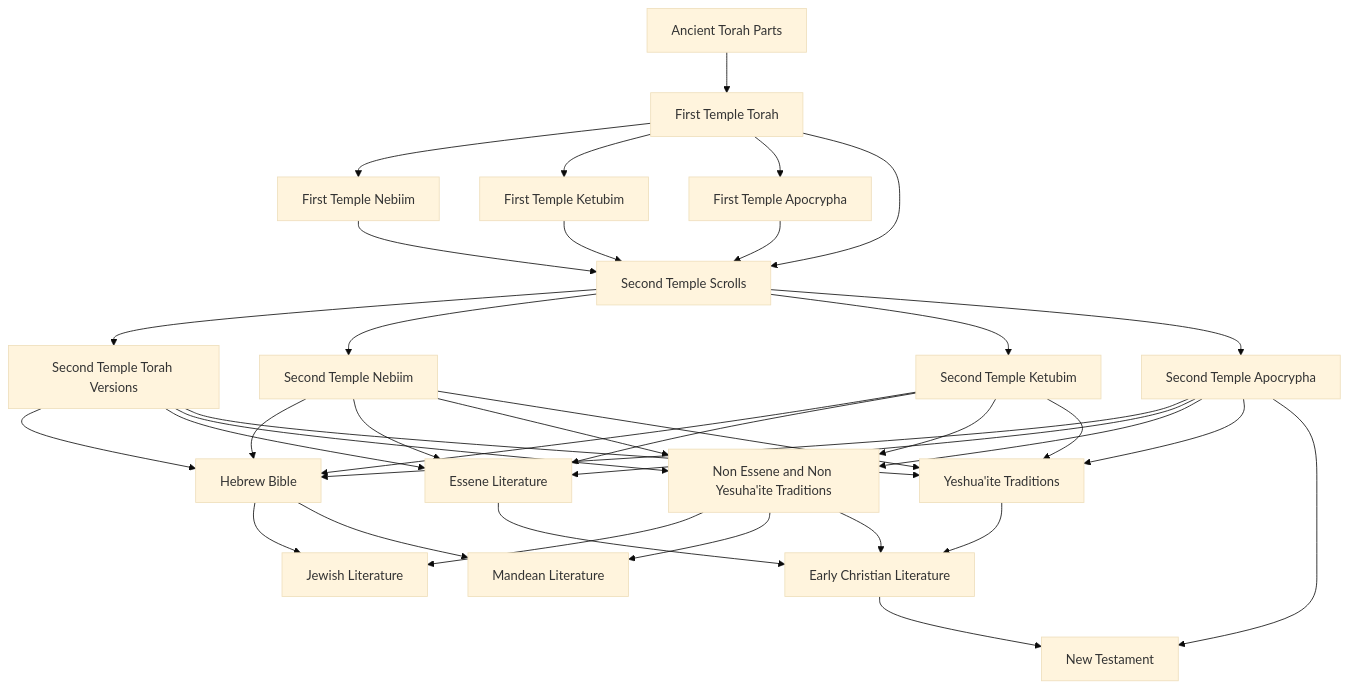
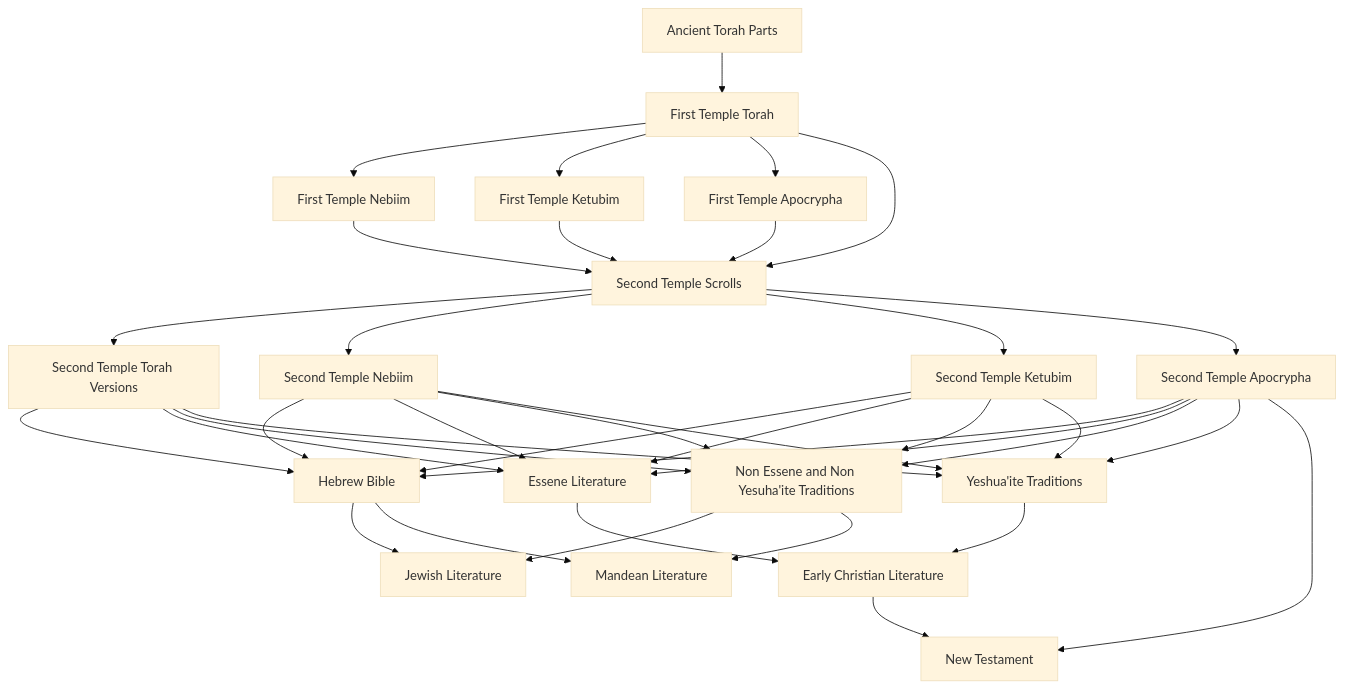
Before and after one commit to bendqh1/mermaid: the diagram in judeo_christian_religious_literature.mermaid, drawn with Mermaid (base theme).

```diff
--- a/judeo_christian_religious_literature.mermaid
+++ b/judeo_christian_religious_literature.mermaid
@@ -1,23 +1,23 @@
 flowchart TD
     A1[Ancient Torah Parts]
     A1 --> A2[First Temple Torah]
     A2 --> A3[First Temple Nebiim] 
     A2 --> A4[First Temple Ketubim]
     A2 --> A5[First Temple Apocrypha]
     A2 & A3 & A4 & A5 --> B1[Second Temple Scrolls]
 
     B1 --> B2[Second Temple Torah Versions]
     B1 --> B3[Second Temple Nebiim]
     B1 --> B4[Second Temple Ketubim]
     B1 --> B5[Second Temple Apocrypha]
 
     B2 & B3 & B4 & B5 --> C1[Hebrew Bible]
     B2 & B3 & B4 & B5 --> C2[Essene Literature]
     B2 & B3 & B4 & B5 --> C3[Non Essene and Non Yesuha'ite Traditions]
     B2 & B3 & B4 & B5 --> C4[Yeshua'ite Traditions]
 
     C1 & C3 --> D1[Jewish Literature]
     C1 & C3 --> D2[Mandean Literature]
-    C2 & C3 & C4 --> D3[Early Christian Literature]
+    C2 & C4 --> D3[Early Christian Literature]
 
     B5 & D3 --> E1[New Testament]
```
